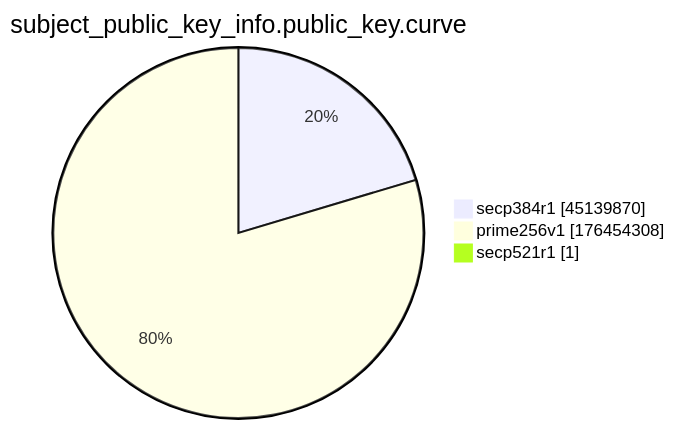
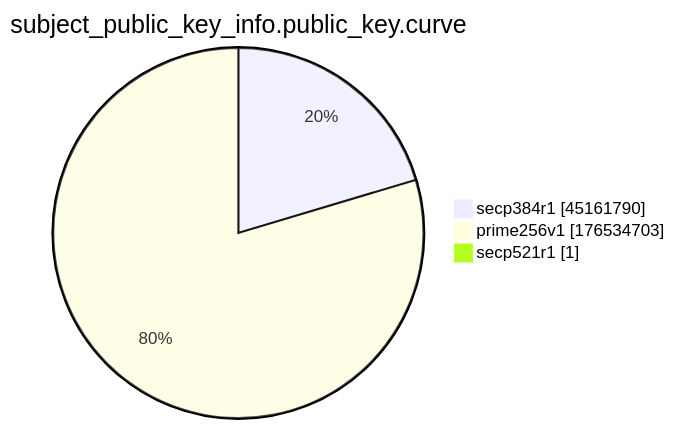
One commit to christiankrug/ctmonitor_visualization changed the ninth of 15 diagrams in xenon2022/README.md. Above: the diagram before and after it, drawn with Mermaid. The commit also changed other lines of this file, not shown here.

````diff
--- a/xenon2022/README.md
+++ b/xenon2022/README.md
@@ -2872,7 +2872,7 @@
 ```mermaid
 pie showData
 title subject_public_key_info.public_key.curve
-"secp384r1" :45139870
-"prime256v1" :176454308
+"secp384r1" :45161790
+"prime256v1" :176534703
 "secp521r1" :1
 ```
````
